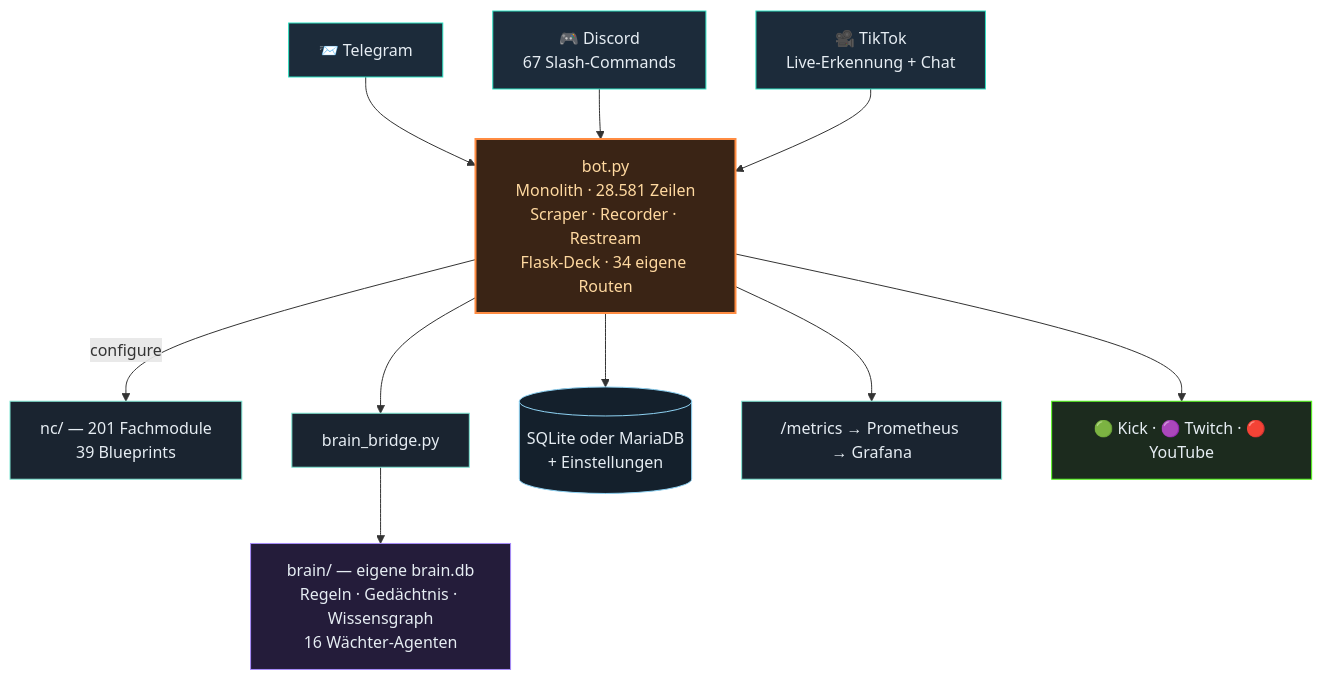
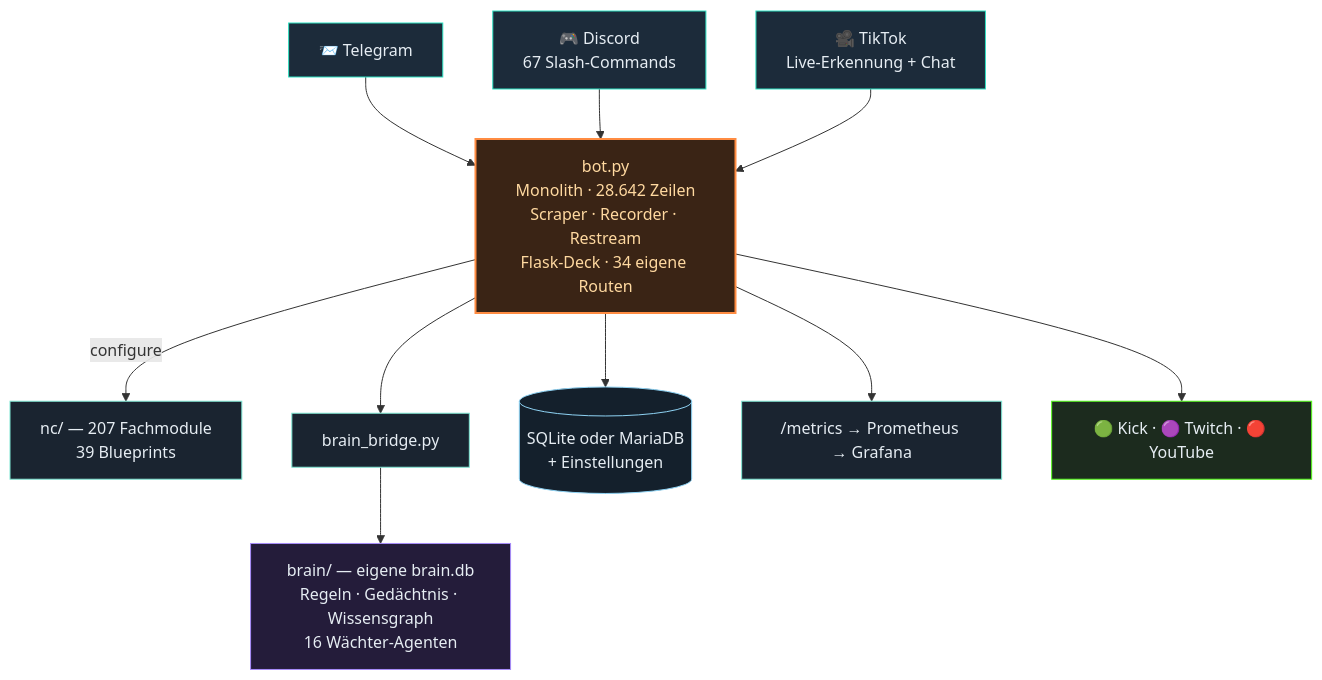
Before and after one commit to itsamemedev/Telegram-Stream-Info-Bot: the second of 3 diagrams in README.md, drawn with Mermaid. The commit also changed other lines of this file and 31 other files, not shown here.

````diff
--- a/README.md
+++ b/README.md
@@ -118,19 +118,19 @@
 ```mermaid
 flowchart TB
     TG["📨 Telegram"]:::ein --> BOT
     DC["🎮 Discord<br/>67 Slash-Commands"]:::ein --> BOT
     TT["🎥 TikTok<br/>Live-Erkennung + Chat"]:::ein --> BOT
-    BOT["bot.py<br/>Monolith · 28.581 Zeilen<br/>Scraper · Recorder · Restream<br/>Flask-Deck · 34 eigene Routen"]:::core
-    BOT -->|configure| NC["nc/ — 201 Fachmodule<br/>39 Blueprints"]:::lib
+    BOT["bot.py<br/>Monolith · 28.642 Zeilen<br/>Scraper · Recorder · Restream<br/>Flask-Deck · 34 eigene Routen"]:::core
+    BOT -->|configure| NC["nc/ — 207 Fachmodule<br/>39 Blueprints"]:::lib
     BOT --> BR["brain_bridge.py"]:::lib
     BR --> BRAIN["brain/ — eigene brain.db<br/>Regeln · Gedächtnis · Wissensgraph<br/>16 Wächter-Agenten"]:::brain
     BOT --> DB[("SQLite oder MariaDB<br/>+ Einstellungen")]:::db
     BOT --> PROM["/metrics → Prometheus → Grafana"]:::lib
     BOT --> OUT["🟢 Kick · 🟣 Twitch · 🔴 YouTube"]:::out
     classDef ein fill:#1c2b3a,stroke:#2de1c2,color:#e6edf3
     classDef core fill:#3a2415,stroke:#ff8c42,stroke-width:2px,color:#ffd9a0
     classDef lib fill:#1a2430,stroke:#7fe7d4,color:#e6edf3
     classDef brain fill:#241c3a,stroke:#a78bfa,color:#e6edf3
     classDef db fill:#14202c,stroke:#8fd3f4,color:#e6edf3
     classDef out fill:#1c2b1e,stroke:#53fc18,color:#e6edf3
 ```
````
